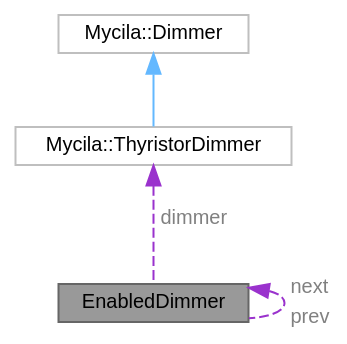
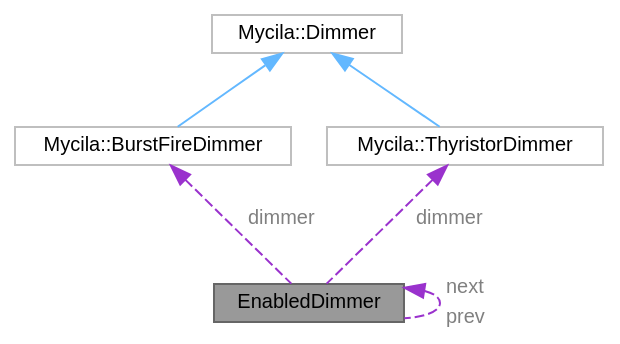
The diagram in docs/api/struct_enabled_dimmer__coll__graph.dot (mathieucarbou/MycilaDimmer), drawn with Graphviz before and after one commit. The commit also changed 43 other files, not shown here.

```diff
--- a/docs/api/struct_enabled_dimmer__coll__graph.dot
+++ b/docs/api/struct_enabled_dimmer__coll__graph.dot
@@ -1,16 +1,20 @@
 digraph "EnabledDimmer"
 {
  // LATEX_PDF_SIZE
   bgcolor="transparent";
   edge [fontname=Helvetica,fontsize=10,labelfontname=Helvetica,labelfontsize=10];
   node [fontname=Helvetica,fontsize=10,shape=box,height=0.2,width=0.4];
   Node1 [id="Node000001",label="EnabledDimmer",height=0.2,width=0.4,color="gray40", fillcolor="grey60", style="filled", fontcolor="black",tooltip=" "];
   Node2 -> Node1 [id="edge1_Node000001_Node000002",dir="back",color="darkorchid3",style="dashed",tooltip=" ",label=<<TABLE CELLBORDER="0" BORDER="0"><TR><TD VALIGN="top" ALIGN="LEFT" CELLPADDING="1" CELLSPACING="0">dimmer</TD></TR>
 </TABLE>> ,fontcolor="grey" ];
-  Node2 [id="Node000002",label="Mycila::ThyristorDimmer",height=0.2,width=0.4,color="grey75", fillcolor="white", style="filled",URL="$class_mycila_1_1_thyristor_dimmer.html",tooltip=" "];
+  Node2 [id="Node000002",label="Mycila::BurstFireDimmer",height=0.2,width=0.4,color="grey75", fillcolor="white", style="filled",URL="$class_mycila_1_1_burst_fire_dimmer.html",tooltip=" "];
   Node3 -> Node2 [id="edge2_Node000002_Node000003",dir="back",color="steelblue1",style="solid",tooltip=" "];
   Node3 [id="Node000003",label="Mycila::Dimmer",height=0.2,width=0.4,color="grey75", fillcolor="white", style="filled",URL="$class_mycila_1_1_dimmer.html",tooltip=" "];
-  Node1 -> Node1 [id="edge3_Node000001_Node000001",dir="back",color="darkorchid3",style="dashed",tooltip=" ",label=<<TABLE CELLBORDER="0" BORDER="0"><TR><TD VALIGN="top" ALIGN="LEFT" CELLPADDING="1" CELLSPACING="0">next</TD></TR>
+  Node4 -> Node1 [id="edge3_Node000001_Node000004",dir="back",color="darkorchid3",style="dashed",tooltip=" ",label=<<TABLE CELLBORDER="0" BORDER="0"><TR><TD VALIGN="top" ALIGN="LEFT" CELLPADDING="1" CELLSPACING="0">dimmer</TD></TR>
+</TABLE>> ,fontcolor="grey" ];
+  Node4 [id="Node000004",label="Mycila::ThyristorDimmer",height=0.2,width=0.4,color="grey75", fillcolor="white", style="filled",URL="$class_mycila_1_1_thyristor_dimmer.html",tooltip=" "];
+  Node3 -> Node4 [id="edge4_Node000004_Node000003",dir="back",color="steelblue1",style="solid",tooltip=" "];
+  Node1 -> Node1 [id="edge5_Node000001_Node000001",dir="back",color="darkorchid3",style="dashed",tooltip=" ",label=<<TABLE CELLBORDER="0" BORDER="0"><TR><TD VALIGN="top" ALIGN="LEFT" CELLPADDING="1" CELLSPACING="0">next</TD></TR>
 <TR><TD VALIGN="top" ALIGN="LEFT" CELLPADDING="1" CELLSPACING="0">prev</TD></TR>
 </TABLE>> ,fontcolor="grey" ];
 }
```
